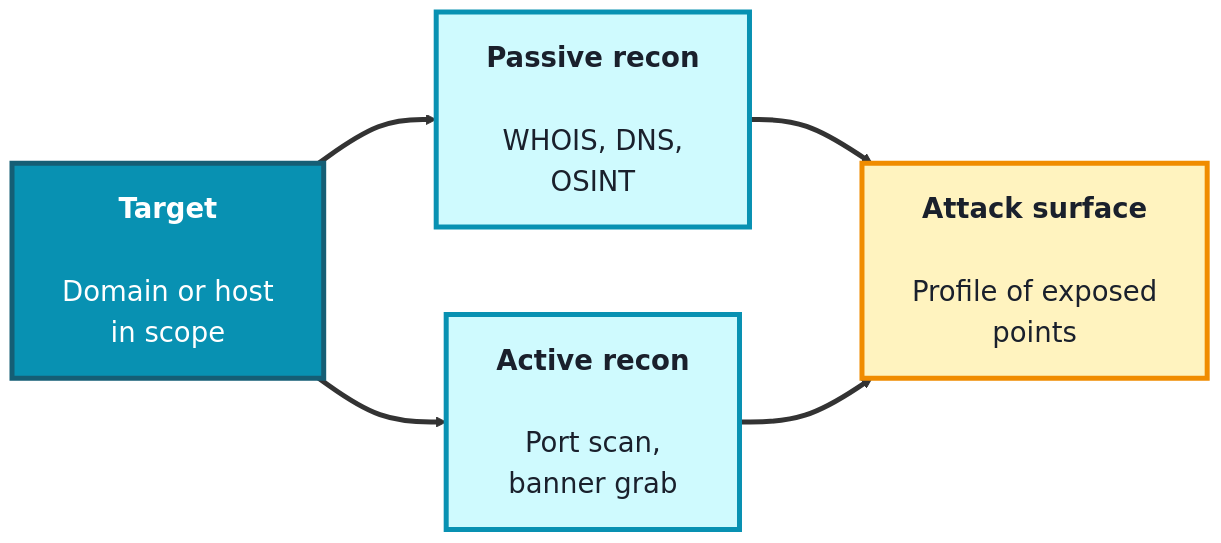
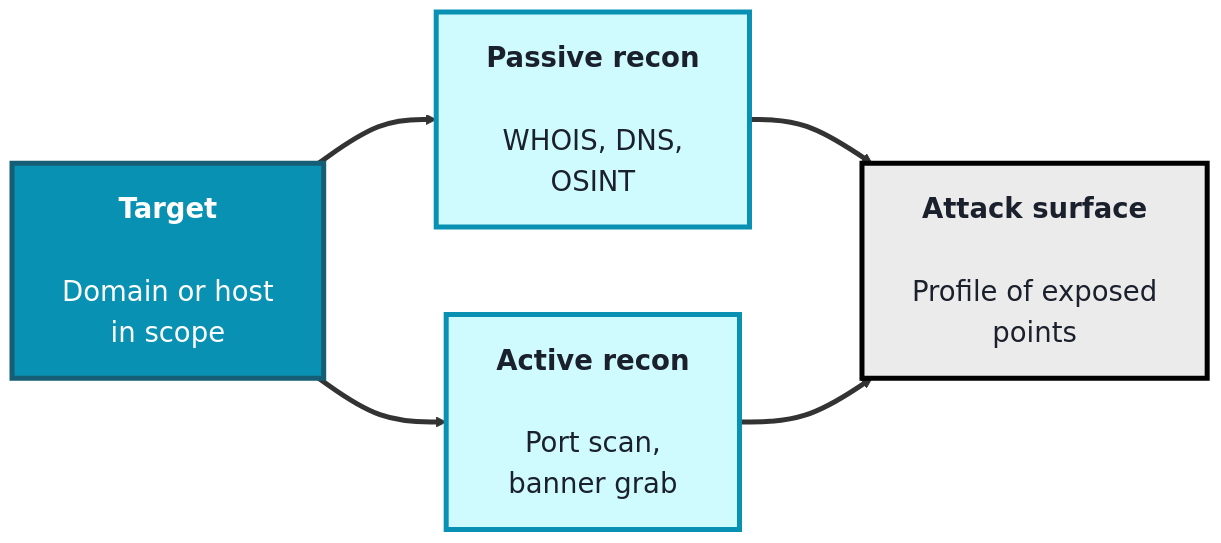
The third of 3 diagrams in src/Pages/courses/TechGuard/module-3-ethical-hacking.md (SHEMODELTECH/shemodeltech), drawn with Mermaid before and after one commit. The commit also changed other lines of this file and 46 other files, not shown here.

````diff
--- a/src/Pages/courses/TechGuard/module-3-ethical-hacking.md
+++ b/src/Pages/courses/TechGuard/module-3-ethical-hacking.md
@@ -155,17 +155,17 @@
 ```mermaid
 %%{init: {'theme':'base', 'themeVariables': {'fontSize':'22px', 'primaryTextColor':'#1a202c', 'primaryBorderColor':'#155e75', 'lineColor':'#333333'}, 'flowchart': {'nodeSpacing': 70, 'rankSpacing': 90, 'padding': 20}}}%%
 flowchart LR
     T["<b>Target</b><br/><br/>Domain or host<br/>in scope"]
     PAS["<b>Passive recon</b><br/><br/>WHOIS, DNS,<br/>OSINT"]
     ACT["<b>Active recon</b><br/><br/>Port scan,<br/>banner grab"]
     SURF["<b>Attack surface</b><br/><br/>Profile of exposed<br/>points"]
 
     T ==> PAS ==> SURF
     T ==> ACT ==> SURF
 
     style T fill:#0891b2,color:#fff,stroke:#155e75,stroke-width:4px
     style PAS fill:#cffafe,color:#1a202c,stroke:#0891b2,stroke-width:4px
     style ACT fill:#cffafe,color:#1a202c,stroke:#0891b2,stroke-width:4px
-    style SURF fill:#fff3bf,color:#1a202c,stroke:#f08c00,stroke-width:4px
+    style SURF fill:#EBEBEB,color:#1a202c,stroke:#000000,stroke-width:4px
     linkStyle default stroke-width:4px,stroke:#333333
 ```
````
